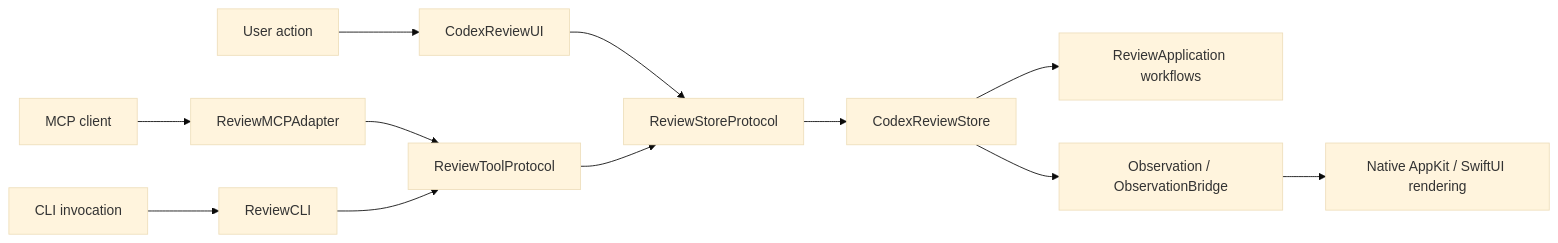
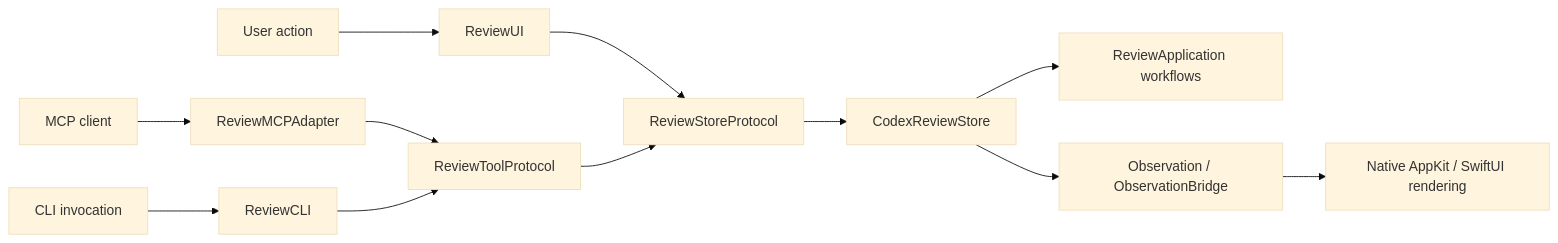
Before and after one commit to lynnswap/CodexReviewMCP: the second of 8 diagrams in Docs/architecture-overview.md, drawn with Mermaid (base theme). The commit also changed other lines of this file and 127 other files, not shown here.

Commit message:
refactor(targets): rename architecture targets

````diff
--- a/Docs/architecture-overview.md
+++ b/Docs/architecture-overview.md
@@ -117,15 +117,15 @@
 ```mermaid
 flowchart LR
-    User["User action"] --> UI["CodexReviewUI"]
+    User["User action"] --> UI["ReviewUI"]
     MCPClient["MCP client"] --> MCP["ReviewMCPAdapter"]
     CLIUser["CLI invocation"] --> CLI["ReviewCLI"]
 
     UI --> StoreProtocol["ReviewStoreProtocol"]
     MCP --> ToolProtocol["ReviewToolProtocol"]
     CLI --> ToolProtocol
     ToolProtocol --> StoreProtocol
     StoreProtocol --> Store["CodexReviewStore"]
     Store --> Workflows["ReviewApplication workflows"]
     Store --> Observation["Observation / ObservationBridge"]
     Observation --> NativeUI["Native AppKit / SwiftUI rendering"]
 ```
````
